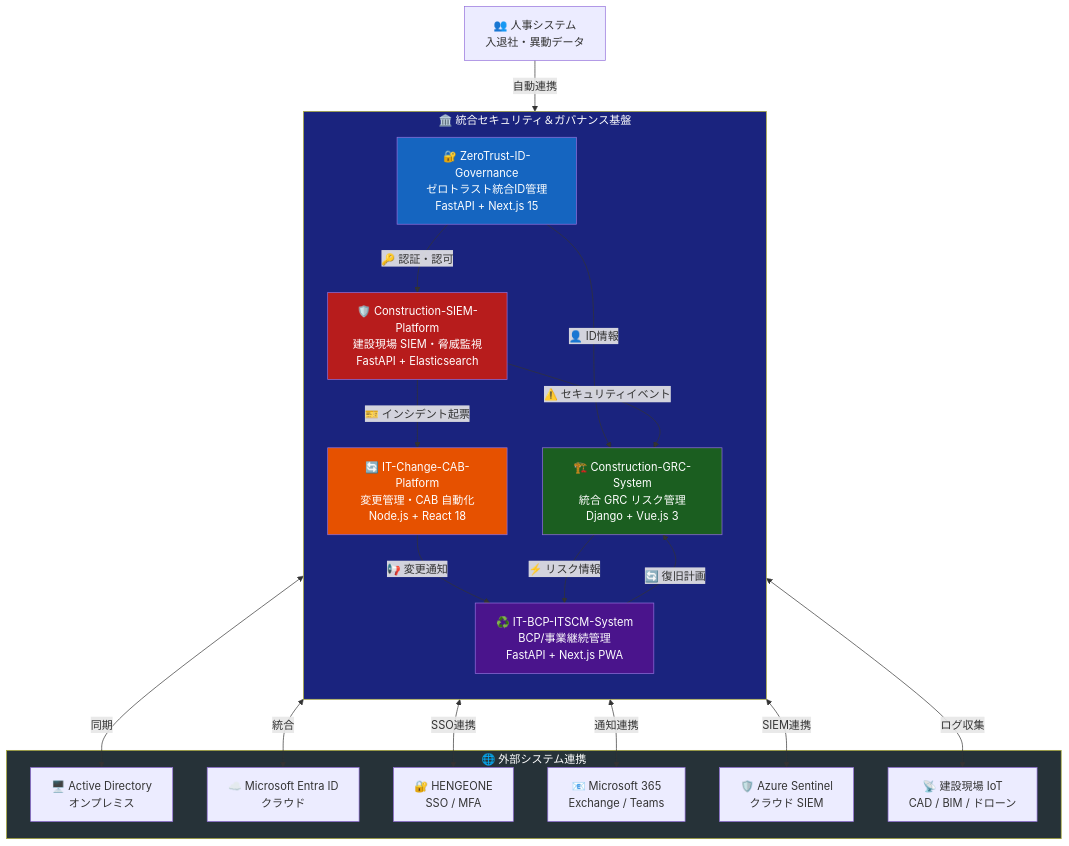
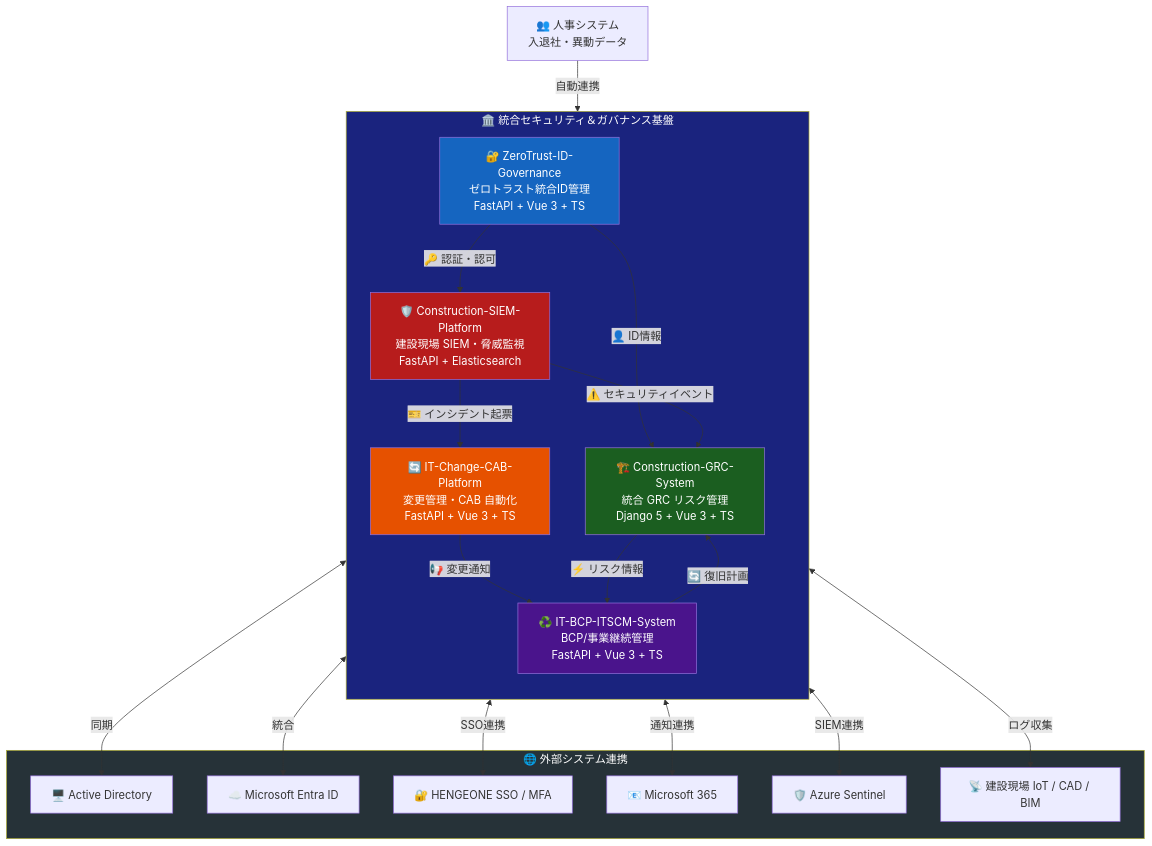
One commit to Kensan196948G/Construction-DX-One-System changed the first of 8 diagrams in README.md. Above: the diagram before and after it, drawn with Mermaid. The commit also changed other lines of this file and 6 other files, not shown here.

````diff
--- a/README.md
+++ b/README.md
@@ -89,45 +86,45 @@
 ```mermaid
 graph TD
     HR[👥 人事システム<br/>入退社・異動データ] -->|自動連携| ZTIG
 
     subgraph Core["🏛️ 統合セキュリティ＆ガバナンス基盤"]
         direction TB
-        ZTIG["🔐 ZeroTrust-ID-Governance<br/>ゼロトラスト統合ID管理<br/>FastAPI + Next.js 15"]
+        ZTIG["🔐 ZeroTrust-ID-Governance<br/>ゼロトラスト統合ID管理<br/>FastAPI + Vue 3 + TS"]
         CSIEM["🛡️ Construction-SIEM-Platform<br/>建設現場 SIEM・脅威監視<br/>FastAPI + Elasticsearch"]
-        CGRC["🏗️ Construction-GRC-System<br/>統合 GRC リスク管理<br/>Django + Vue.js 3"]
-        ICCP["🔄 IT-Change-CAB-Platform<br/>変更管理・CAB 自動化<br/>Node.js + React 18"]
-        IBIS["♻️ IT-BCP-ITSCM-System<br/>BCP/事業継続管理<br/>FastAPI + Next.js PWA"]
+        CGRC["🏗️ Construction-GRC-System<br/>統合 GRC リスク管理<br/>Django 5 + Vue 3 + TS"]
+        ICCP["🔄 IT-Change-CAB-Platform<br/>変更管理・CAB 自動化<br/>FastAPI + Vue 3 + TS"]
+        IBIS["♻️ IT-BCP-ITSCM-System<br/>BCP/事業継続管理<br/>FastAPI + Vue 3 + TS"]
     end
 
     ZTIG -->|🔑 認証・認可| CSIEM
     ZTIG -->|👤 ID情報| CGRC
     CSIEM -->|⚠️ セキュリティイベント| CGRC
     CSIEM -->|🎫 インシデント起票| ICCP
     ICCP -->|📢 変更通知| IBIS
     CGRC -->|⚡ リスク情報| IBIS
     IBIS -->|🔄 復旧計画| CGRC
 
     subgraph External["🌐 外部システム連携"]
-        AD["🖥️ Active Directory<br/>オンプレミス"]
-        EntraID["☁️ Microsoft Entra ID<br/>クラウド"]
-        HENGEONE["🔐 HENGEONE<br/>SSO / MFA"]
-        M365["📧 Microsoft 365<br/>Exchange / Teams"]
-        Sentinel["🛡️ Azure Sentinel<br/>クラウド SIEM"]
-        IoT["📡 建設現場 IoT<br/>CAD / BIM / ドローン"]
+        AD["🖥️ Active Directory"]
+        EntraID["☁️ Microsoft Entra ID"]
+        HENGEONE["🔐 HENGEONE SSO / MFA"]
+        M365["📧 Microsoft 365"]
+        Sentinel["🛡️ Azure Sentinel"]
+        IoT["📡 建設現場 IoT / CAD / BIM"]
     end
 
     ZTIG <-->|同期| AD
     ZTIG <-->|統合| EntraID
     ZTIG <-->|SSO連携| HENGEONE
     CSIEM <-->|SIEM連携| Sentinel
     CSIEM <-->|ログ収集| IoT
     ICCP <-->|通知連携| M365
 
     style Core fill:#1a237e,color:#fff
     style External fill:#263238,color:#fff
     style ZTIG fill:#1565C0,color:#fff
     style CSIEM fill:#B71C1C,color:#fff
     style CGRC fill:#1B5E20,color:#fff
     style ICCP fill:#E65100,color:#fff
     style IBIS fill:#4A148C,color:#fff
 ```
````
